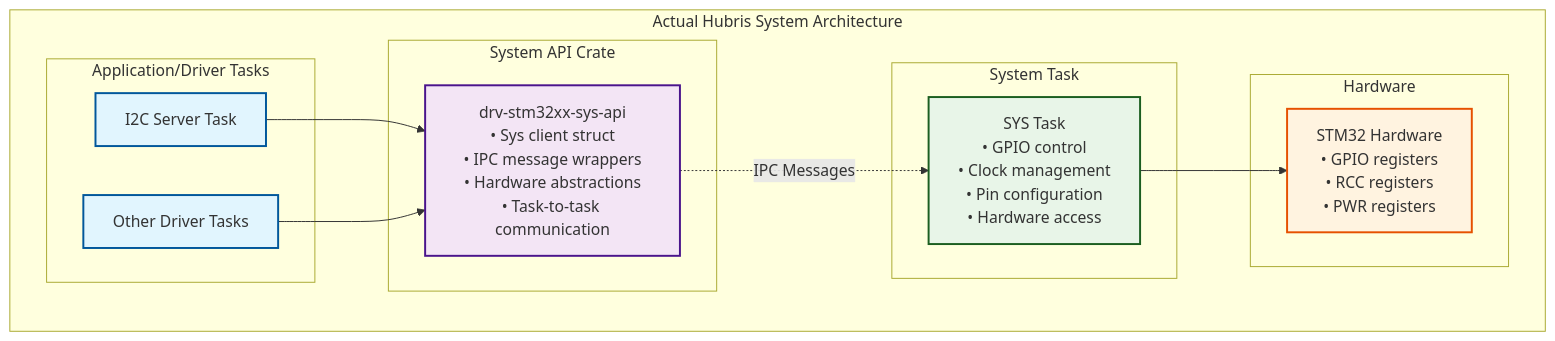
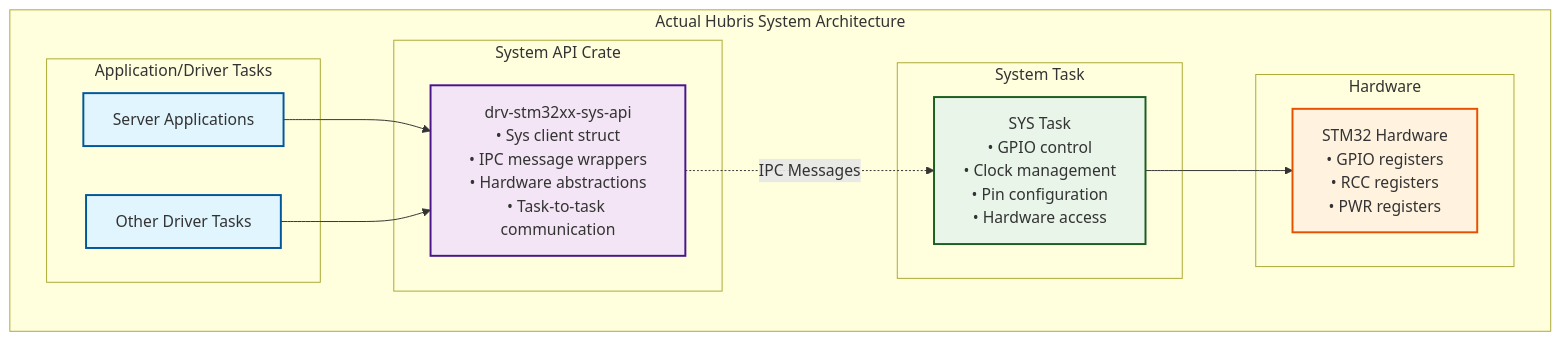
Before and after one commit to rusty1968/hubris-and-me: the eighth of 8 diagrams in system-control-driver.md, drawn with Mermaid. The commit also changed other lines of this file, not shown here.

````diff
--- a/system-control-driver.md
+++ b/system-control-driver.md
@@ -488,36 +488,36 @@
 ```mermaid
 graph TB
     subgraph "Actual Hubris System Architecture"
         subgraph "Application/Driver Tasks"
-            I2CSERVER[I2C Server Task]
+            SERVERAPP[Server Applications]
             OTHERDRV[Other Driver Tasks]
         end
         
         subgraph "System Task"
             SYSTASK[SYS Task<br/>• GPIO control<br/>• Clock management<br/>• Pin configuration<br/>• Hardware access]
         end
         
         subgraph "System API Crate"
             SYSAPI_IMPL[drv-stm32xx-sys-api<br/>• Sys client struct<br/>• IPC message wrappers<br/>• Hardware abstractions<br/>• Task-to-task communication]
         end
         
         subgraph "Hardware"
             STMHW[STM32 Hardware<br/>• GPIO registers<br/>• RCC registers<br/>• PWR registers]
         end
     end
 
-    I2CSERVER --> SYSAPI_IMPL
+    SERVERAPP --> SYSAPI_IMPL
     OTHERDRV --> SYSAPI_IMPL
     SYSAPI_IMPL -.->|IPC Messages| SYSTASK
     SYSTASK --> STMHW
 
     classDef taskLayer fill:#e1f5fe,stroke:#01579b,stroke-width:2px
     classDef systemTask fill:#e8f5e8,stroke:#1b5e20,stroke-width:2px
     classDef apiLayer fill:#f3e5f5,stroke:#4a148c,stroke-width:2px
     classDef hwLayer fill:#fff3e0,stroke:#e65100,stroke-width:2px
 
-    class I2CSERVER,OTHERDRV taskLayer
+    class SERVERAPP,OTHERDRV taskLayer
     class SYSTASK systemTask
     class SYSAPI_IMPL apiLayer
     class STMHW hwLayer
 ```
````
